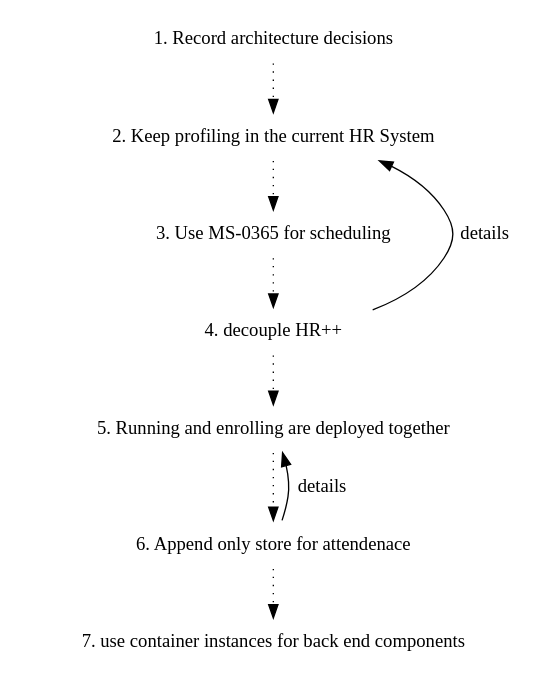
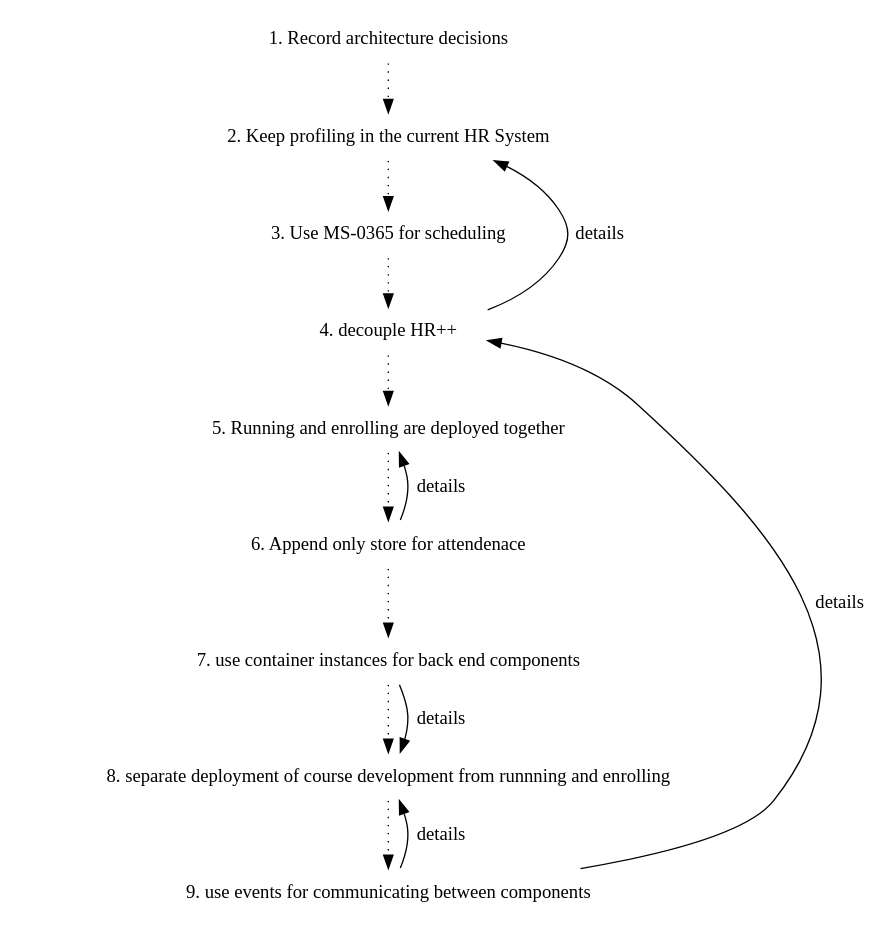
Before and after one commit to qwaneu/adr-spike: the diagram in doc/adr/index.dot, drawn with Graphviz. The commit also changed 1 other file, not shown here.

```diff
--- a/doc/adr/index.dot
+++ b/doc/adr/index.dot
@@ -1,20 +1,27 @@
 digraph {
   node [shape=plaintext];
   subgraph {
     _1 [label="1. Record architecture decisions"; URL="0001-record-architecture-decisions.html"];
     _2 [label="2. Keep profiling in the current HR System"; URL="0002-keep-profiling-in-the-current-hr-system.html"];
     _1 -> _2 [style="dotted", weight=1];
     _3 [label="3. Use MS-0365 for scheduling"; URL="0003-use-ms-0365-for-scheduling.html"];
     _2 -> _3 [style="dotted", weight=1];
     _4 [label="4. decouple HR++"; URL="0004-decouple-hr.html"];
     _3 -> _4 [style="dotted", weight=1];
     _5 [label="5. Running and enrolling are deployed together"; URL="0005-running-and-enrolling-are-deployed-together.html"];
     _4 -> _5 [style="dotted", weight=1];
     _6 [label="6. Append only store for attendenace"; URL="0006-append-only-store-for-attendenace.html"];
     _5 -> _6 [style="dotted", weight=1];
     _7 [label="7. use container instances for back end components"; URL="0007-use-container-instances-for-back-end-components.html"];
     _6 -> _7 [style="dotted", weight=1];
+    _8 [label="8. separate deployment of course development from runnning and enrolling"; URL="0008-separate-course-development-from-runnning-and-enrolling.html"];
+    _7 -> _8 [style="dotted", weight=1];
+    _9 [label="9. use events for communicating between components"; URL="0009-use-events-for-communicating-between-components.html"];
+    _8 -> _9 [style="dotted", weight=1];
   }
   _4 -> _2 [label="details", weight=0]
   _6 -> _5 [label="details", weight=0]
+  _7 -> _8 [label="details", weight=0]
+  _9 -> _8 [label="details", weight=0]
+  _9 -> _4 [label="details", weight=0]
 }
```
